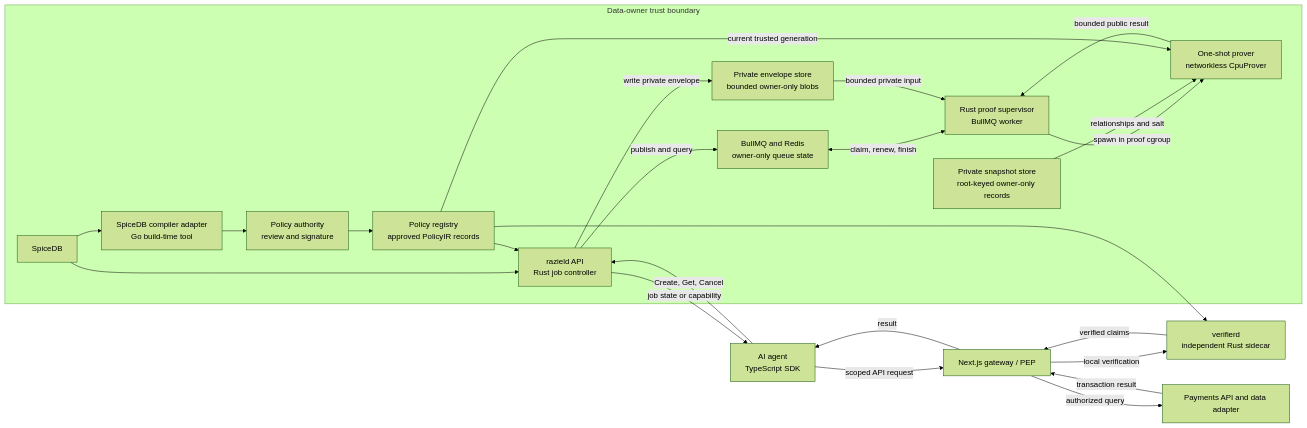
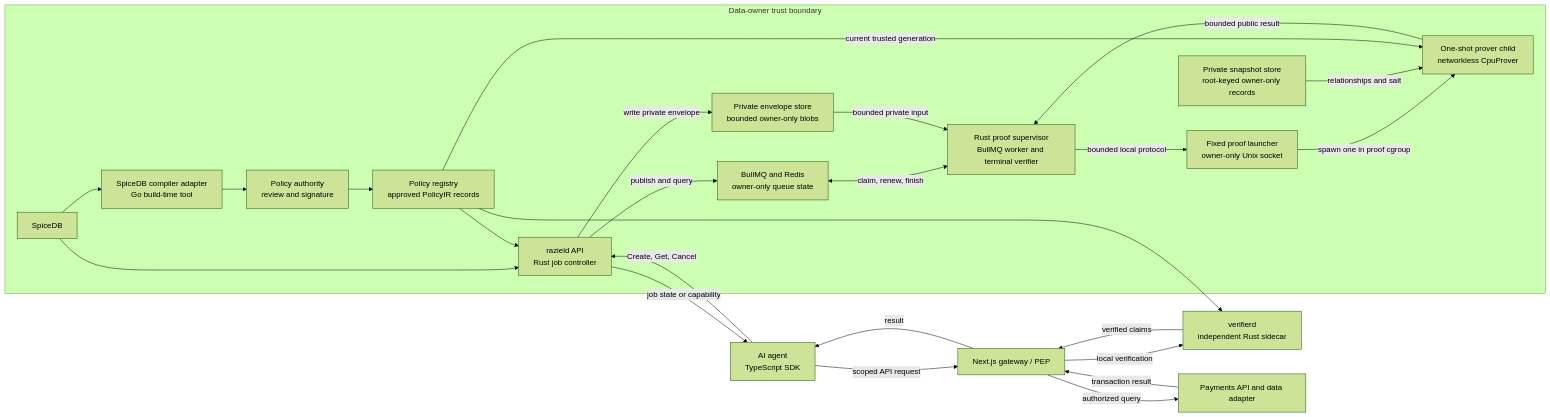
One commit to gitaalekhyapaul/hypha-backend changed the first of 3 diagrams in ARCHITECTURE.md. Above: the diagram before and after it, drawn with Mermaid (forest theme). The commit also changed other lines of this file and 24 other files, not shown here.

Commit message:
feat(razield): activate isolated proof worker

````diff
--- a/ARCHITECTURE.md
+++ b/ARCHITECTURE.md
@@ -119,38 +119,40 @@
 ```mermaid
 flowchart LR
     subgraph OWNER["Data-owner trust boundary"]
         S["SpiceDB"]
         C["SpiceDB compiler adapter\nGo build-time tool"]
         PA["Policy authority\nreview and signature"]
         R["razield API\nRust job controller"]
         Q["BullMQ and Redis\nowner-only queue state"]
         B["Private envelope store\nbounded owner-only blobs"]
         D["Private snapshot store\nroot-keyed owner-only records"]
-        W["Rust proof supervisor\nBullMQ worker"]
-        E["One-shot prover\nnetworkless CpuProver"]
+        W["Rust proof supervisor\nBullMQ worker and terminal verifier"]
+        L["Fixed proof launcher\nowner-only Unix socket"]
+        E["One-shot prover child\nnetworkless CpuProver"]
         PR["Policy registry\napproved PolicyIR records"]
         S --> C
         C --> PA
         PA --> PR
         S --> R
         PR --> R
         R -->|"publish and query"| Q
         R -->|"write private envelope"| B
         Q <-->|"claim, renew, finish"| W
         B -->|"bounded private input"| W
-        W -->|"spawn in proof cgroup"| E
+        W -->|"bounded local protocol"| L
+        L -->|"spawn one in proof cgroup"| E
         D -->|"relationships and salt"| E
         PR -->|"current trusted generation"| E
         E -->|"bounded public result"| W
     end
 
     A["AI agent\nTypeScript SDK"] -->|"Create, Get, Cancel"| R
     R -->|"job state or capability"| A
     A -->|"scoped API request"| G["Next.js gateway / PEP"]
     G -->|"local verification"| V["verifierd\nindependent Rust sidecar"]
     PR --> V
     V -->|"verified claims"| G
     G -->|"authorized query"| P["Payments API and data adapter"]
     P -->|"transaction result"| G
     G -->|"result"| A
 ```
````
